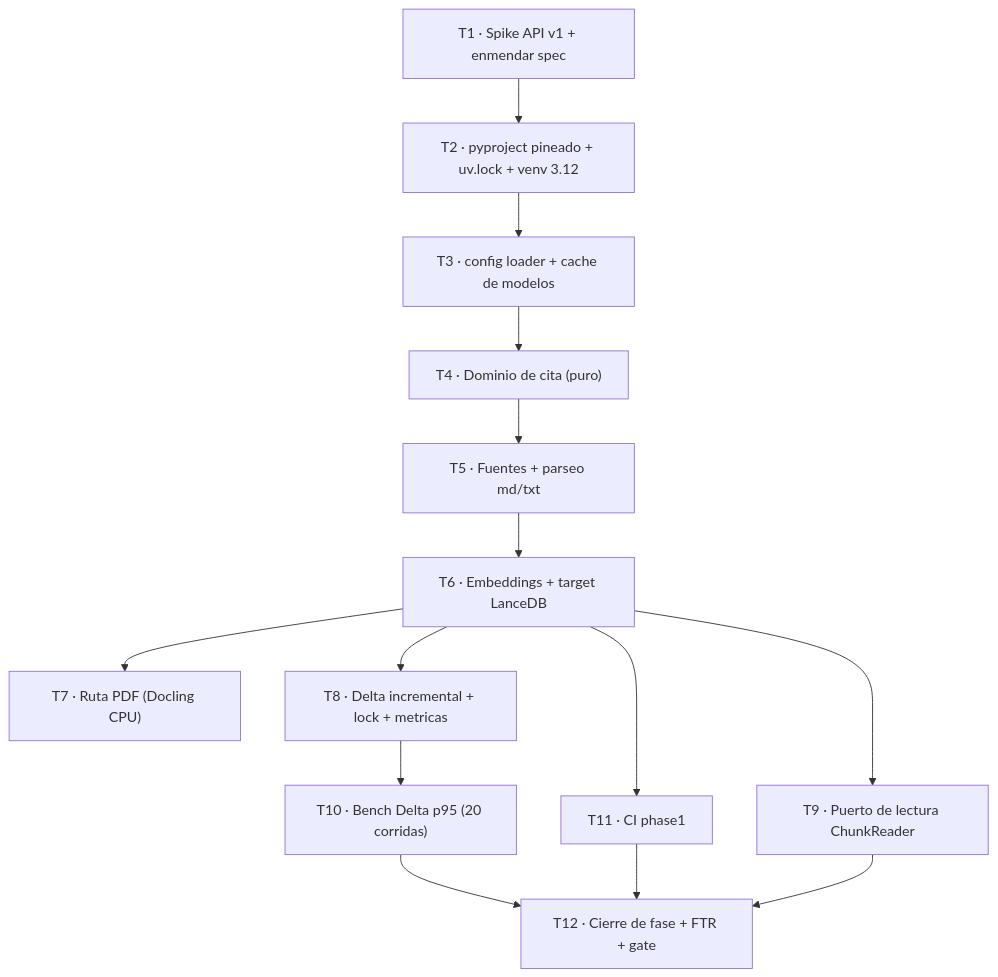
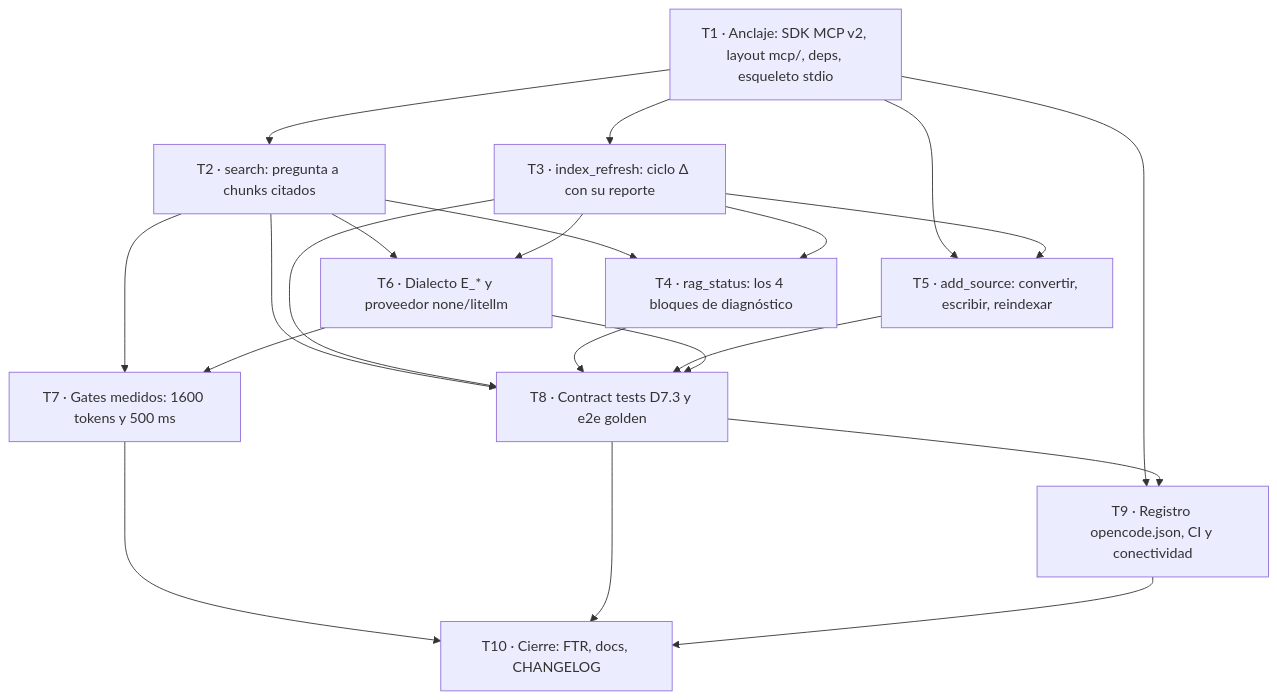
The first of 2 diagrams in tasks/plan.md (Fisherk2/tepochcalli-opencode), drawn with Mermaid before and after one commit. The commit also changed other lines of this file and 1 other file, not shown here.

First line of the commit message:
docs: Planea la Phase 2 del server MCP tepochcalli-rag

````diff
--- a/tasks/plan.md
+++ b/tasks/plan.md
@@ -55,16 +87,23 @@
 ```mermaid
 graph TB
-    T1["T1 · Spike API v1 + enmendar spec"] --> T2["T2 · pyproject pineado + uv.lock + venv 3.12"]
-    T2 --> T3["T3 · config loader + cache de modelos"]
-    T3 --> T4["T4 · Dominio de cita (puro)"]
-    T4 --> T5["T5 · Fuentes + parseo md/txt"]
-    T5 --> T6["T6 · Embeddings + target LanceDB"]
-    T6 --> T7["T7 · Ruta PDF (Docling CPU)"]
-    T6 --> T8["T8 · Delta incremental + lock + metricas"]
-    T6 --> T9["T9 · Puerto de lectura ChunkReader"]
-    T8 --> T10["T10 · Bench Delta p95 (20 corridas)"]
-    T6 --> T11["T11 · CI phase1"]
-    T10 --> T12["T12 · Cierre de fase + FTR + gate"]
-    T11 --> T12
-    T9 --> T12
+    T1["T1 · Anclaje: SDK MCP v2, layout mcp/, deps, esqueleto stdio"] --> T2["T2 · search: pregunta a chunks citados"]
+    T1 --> T3["T3 · index_refresh: ciclo Δ con su reporte"]
+    T1 --> T5["T5 · add_source: convertir, escribir, reindexar"]
+    T2 --> T4["T4 · rag_status: los 4 bloques de diagnóstico"]
+    T3 --> T4
+    T3 --> T5
+    T2 --> T6["T6 · Dialecto E_* y proveedor none/litellm"]
+    T3 --> T6
+    T2 --> T7["T7 · Gates medidos: 1600 tokens y 500 ms"]
+    T6 --> T7
+    T2 --> T8["T8 · Contract tests D7.3 y e2e golden"]
+    T3 --> T8
+    T4 --> T8
+    T5 --> T8
+    T6 --> T8
+    T1 --> T9["T9 · Registro opencode.json, CI y conectividad"]
+    T8 --> T9
+    T7 --> T10["T10 · Cierre: FTR, docs, CHANGELOG"]
+    T8 --> T10
+    T9 --> T10
 ```
````
